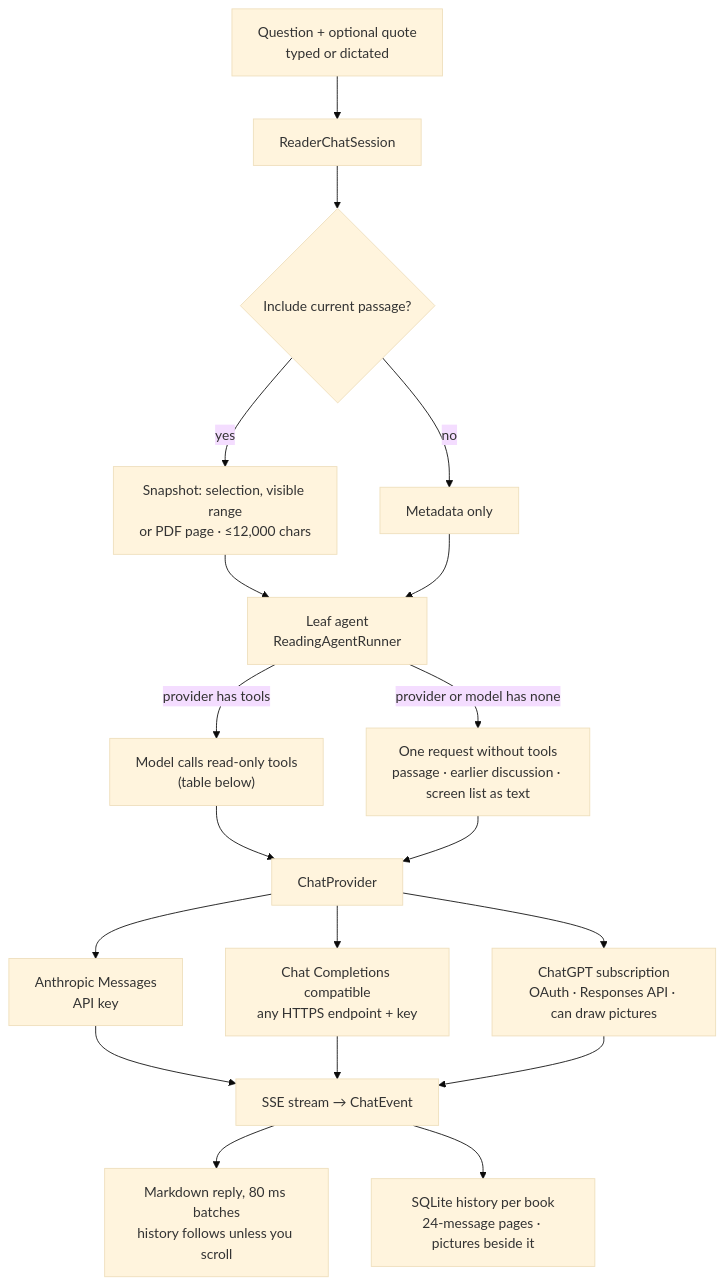
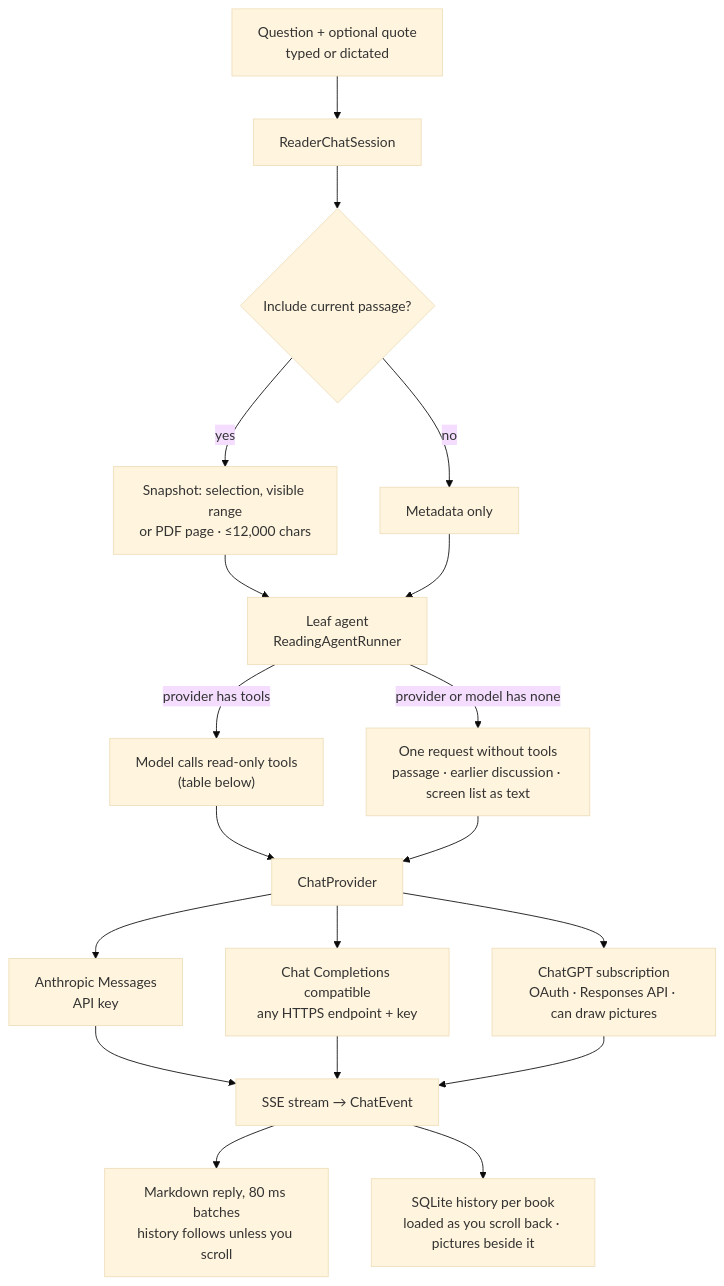
Before and after one commit to zhaoweigg/ai_reader: the seventh of 13 diagrams in README.md, drawn with Mermaid (base theme). The commit also changed other lines of this file and 12 other files, not shown here.

First line of the commit message:
Scroll back through Ask Leaf history instead of paging (Leaf 1.44.0, build 161) (#148)

````diff
--- a/README.md
+++ b/README.md
@@ -208,17 +208,17 @@
 ```mermaid
 flowchart TB
     Q["Question + optional quote<br/>typed or dictated"] --> Session["ReaderChatSession"]
     Session --> Ctx{"Include current passage?"}
     Ctx -->|yes| Snap["Snapshot: selection, visible range<br/>or PDF page · ≤12,000 chars"]
     Ctx -->|no| NoCtx["Metadata only"]
     Snap & NoCtx --> Agent["Leaf agent<br/>ReadingAgentRunner"]
     Agent -->|"provider has tools"| Tools["Model calls read-only tools<br/>(table below)"]
     Agent -->|"provider or model has none"| Plain["One request without tools<br/>passage · earlier discussion · screen list as text"]
     Tools & Plain --> Provider["ChatProvider"]
     Provider --> Anthropic["Anthropic Messages<br/>API key"]
     Provider --> OpenAICompat["Chat Completions compatible<br/>any HTTPS endpoint + key"]
     Provider --> ChatGPT["ChatGPT subscription<br/>OAuth · Responses API · can draw pictures"]
     Anthropic & OpenAICompat & ChatGPT --> Stream["SSE stream → ChatEvent"]
     Stream --> Panel["Markdown reply, 80 ms batches<br/>history follows unless you scroll"]
-    Stream --> HistoryDB["SQLite history per book<br/>24-message pages · pictures beside it"]
+    Stream --> HistoryDB["SQLite history per book<br/>loaded as you scroll back · pictures beside it"]
 ```
````
